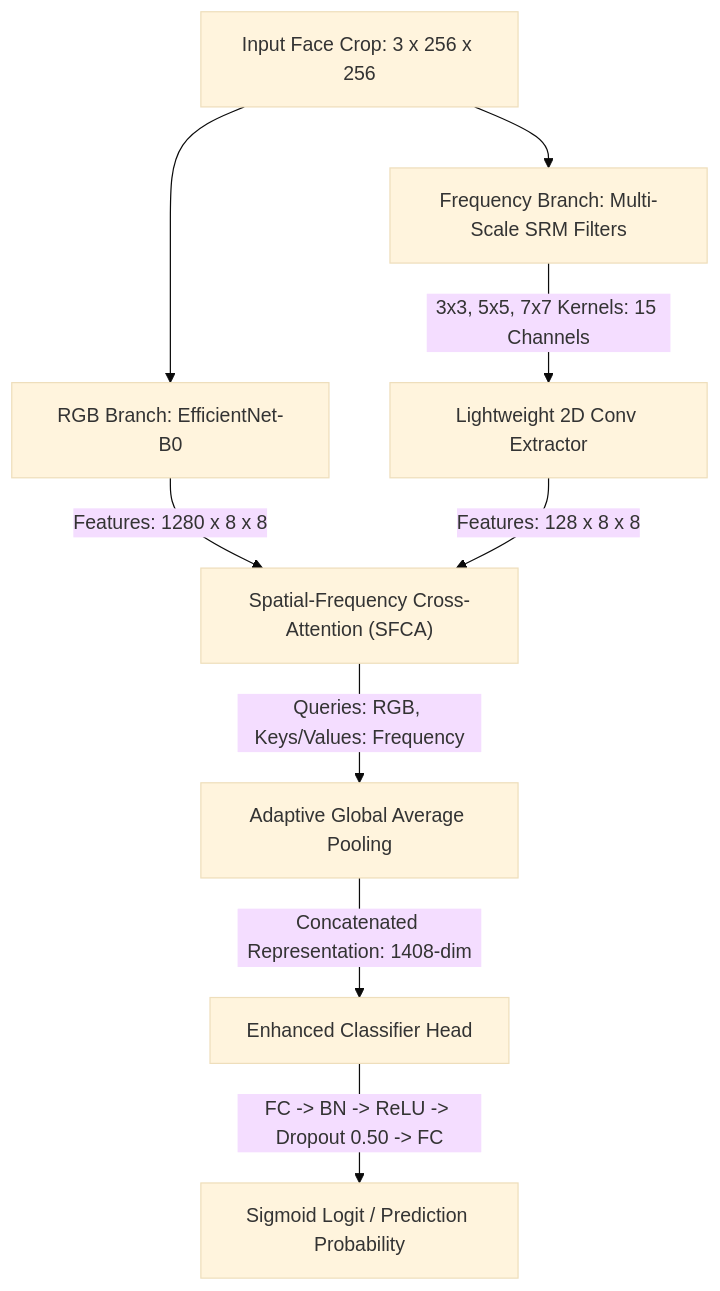
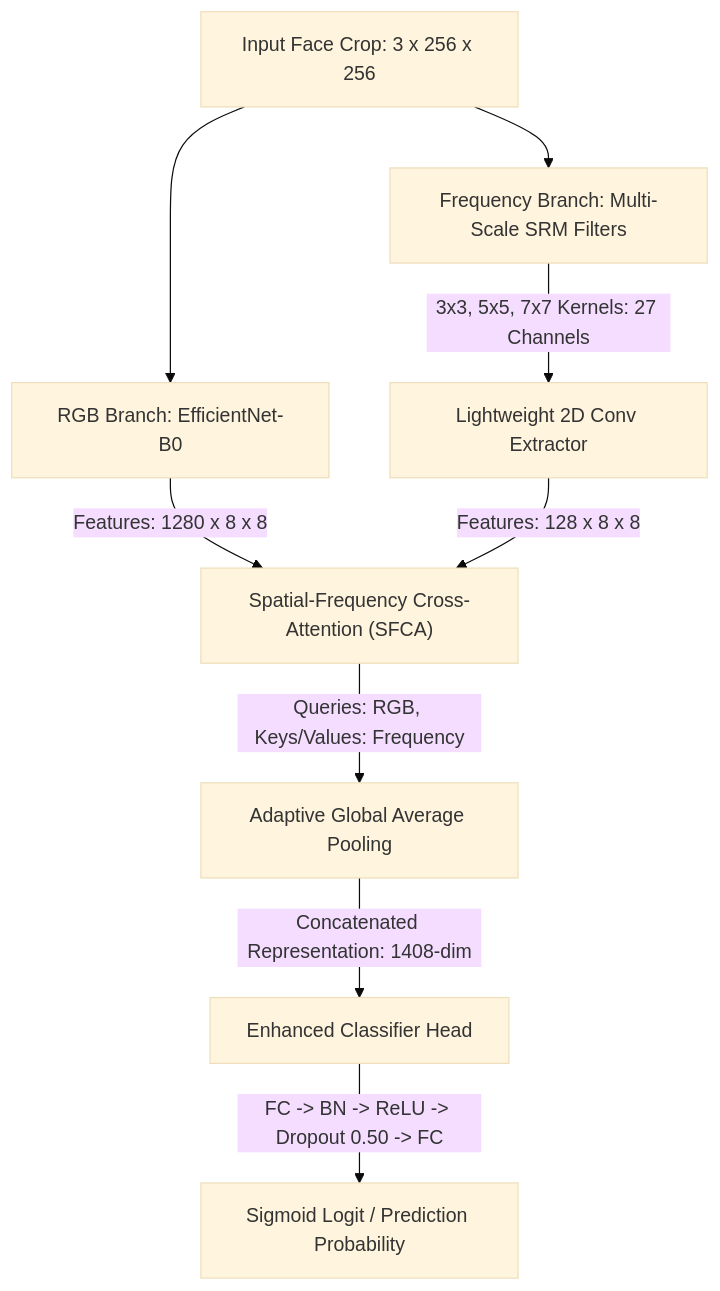
Before and after one commit to ludakreiss/comp.vision: the diagram in README.md, drawn with Mermaid (base theme). The commit also changed other lines of this file and 10 other files, not shown here.

````diff
--- a/README.md
+++ b/README.md
@@ -31,14 +31,14 @@
 ```mermaid
 flowchart TD
     A["Input Face Crop: 3 x 256 x 256"] --> B["RGB Branch: EfficientNet-B0"]
     A --> C["Frequency Branch: Multi-Scale SRM Filters"]
     
     B -->|"Features: 1280 x 8 x 8"| D["Spatial-Frequency Cross-Attention (SFCA)"]
     
-    C -->|"3x3, 5x5, 7x7 Kernels: 15 Channels"| E["Lightweight 2D Conv Extractor"]
+    C -->|"3x3, 5x5, 7x7 Kernels: 27 Channels"| E["Lightweight 2D Conv Extractor"]
     E -->|"Features: 128 x 8 x 8"| D
     
     D -->|"Queries: RGB, Keys/Values: Frequency"| F["Adaptive Global Average Pooling"]
     F -->|"Concatenated Representation: 1408-dim"| G["Enhanced Classifier Head"]
     G -->|"FC -> BN -> ReLU -> Dropout 0.50 -> FC"| H["Sigmoid Logit / Prediction Probability"]
 ```
````
